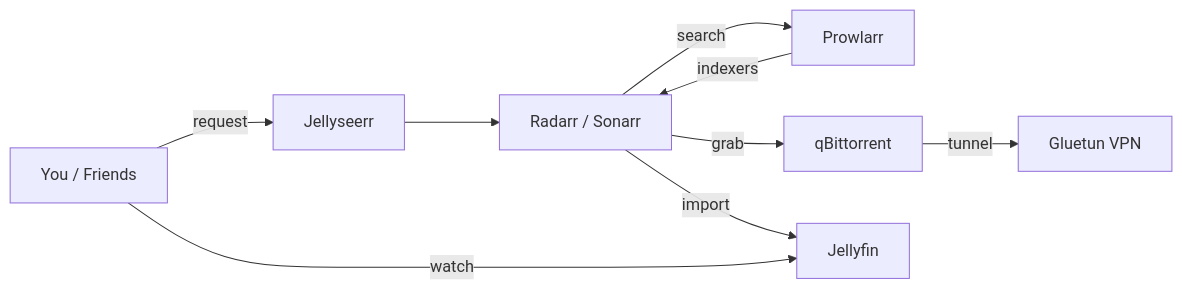
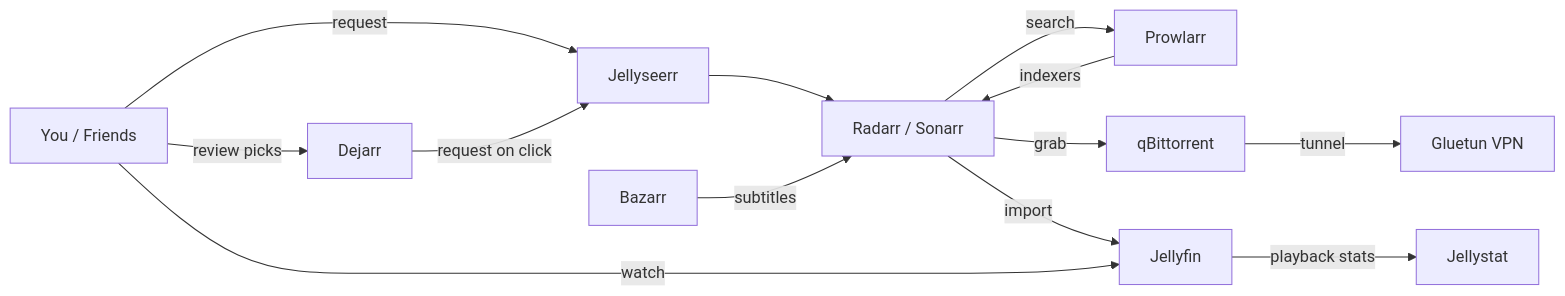
The diagram in README.md (SyedAbuTalib/server), drawn with Mermaid before and after one commit. The commit also changed other lines of this file and 7 other files, not shown here.

````diff
--- a/README.md
+++ b/README.md
@@ -24,11 +27,15 @@
 ```mermaid
 flowchart LR
     A[You / Friends] -->|request| B[Jellyseerr]
+    A -->|review picks| DJ[Dejarr]
+    DJ -->|request on click| B
     B --> C[Radarr / Sonarr]
     C -->|search| D[Prowlarr]
     D -->|indexers| C
     C -->|grab| E[qBittorrent]
     E -->|tunnel| F[Gluetun VPN]
     C -->|import| G[Jellyfin]
+    H[Bazarr] -->|subtitles| C
     A -->|watch| G
+    G -->|playback stats| J[Jellystat]
 ```
````
